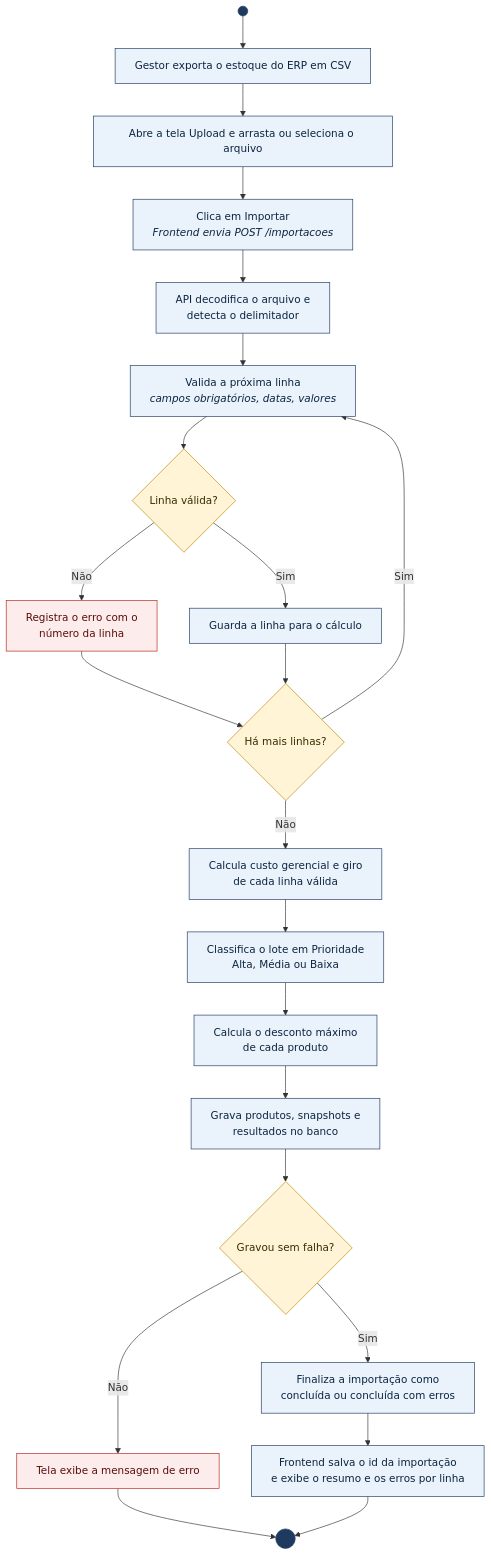
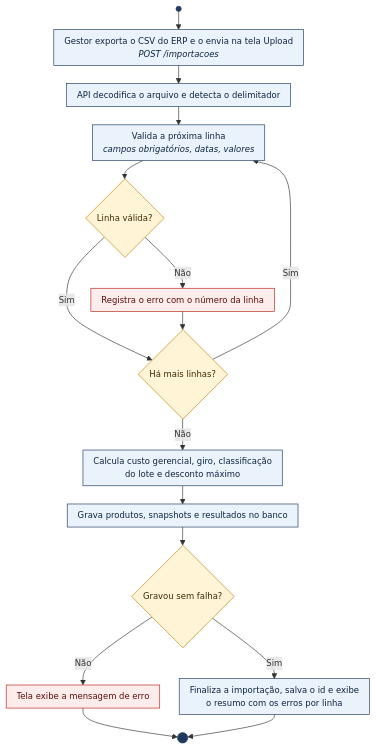
One commit to weillerjulia/StockWise changed the first of 9 diagrams in README.md. Above: the diagram before and after it, drawn with Mermaid. The commit also changed other lines of this file, not shown here.

````diff
--- a/README.md
+++ b/README.md
@@ -268,34 +256,28 @@
 ```mermaid
-%%{init: {"flowchart": {"wrappingWidth": 400}}}%%
+%%{init: {"themeVariables": {"fontSize": "13px"}, "flowchart": {"wrappingWidth": 400, "rankSpacing": 28, "nodeSpacing": 30, "padding": 8}}}%%
 flowchart TD
-    inicio(( )) --> a1["Gestor exporta o estoque do ERP em CSV"]
-    a1 --> a2["Abre a tela Upload e arrasta ou seleciona o arquivo"]
-    a2 --> a3["Clica em Importar<br/><i>Frontend envia POST /importacoes</i>"]
-    a3 --> a4["API decodifica o arquivo e<br/>detecta o delimitador"]
-    a4 --> a5["Valida a próxima linha<br/><i>campos obrigatórios, datas, valores</i>"]
-    a5 --> d1{"Linha válida?"}
-    d1 -- Não --> a6["Registra o erro com o<br/>número da linha"]
-    d1 -- Sim --> a7["Guarda a linha para o cálculo"]
-    a6 --> d2{"Há mais linhas?"}
-    a7 --> d2
-    d2 -- Sim --> a5
-    d2 -- Não --> a8["Calcula custo gerencial e giro<br/>de cada linha válida"]
-    a8 --> a9["Classifica o lote em Prioridade<br/>Alta, Média ou Baixa"]
-    a9 --> a10["Calcula o desconto máximo<br/>de cada produto"]
-    a10 --> a11["Grava produtos, snapshots e<br/>resultados no banco"]
-    a11 --> d3{"Gravou sem falha?"}
-    d3 -- Não --> a12["Tela exibe a mensagem de erro"]
-    d3 -- Sim --> a13["Finaliza a importação como<br/>concluída ou concluída com erros"]
-    a13 --> a14["Frontend salva o id da importação<br/>e exibe o resumo e os erros por linha"]
-    a12 --> fim((( )))
-    a14 --> fim
+    inicio(( )) --> a1["Gestor exporta o CSV do ERP e o envia na tela Upload<br/><i>POST /importacoes</i>"]
+    a1 --> a2["API decodifica o arquivo e detecta o delimitador"]
+    a2 --> a3["Valida a próxima linha<br/><i>campos obrigatórios, datas, valores</i>"]
+    a3 --> d1{"Linha válida?"}
+    d1 -- Não --> a4["Registra o erro com o número da linha"]
+    d1 -- Sim --> d2{"Há mais linhas?"}
+    a4 --> d2
+    d2 -- Sim --> a3
+    d2 -- Não --> a5["Calcula custo gerencial, giro, classificação<br/>do lote e desconto máximo"]
+    a5 --> a6["Grava produtos, snapshots e resultados no banco"]
+    a6 --> d3{"Gravou sem falha?"}
+    d3 -- Não --> a7["Tela exibe a mensagem de erro"]
+    d3 -- Sim --> a8["Finaliza a importação, salva o id e exibe<br/>o resumo com os erros por linha"]
+    a7 --> fim((( )))
+    a8 --> fim
 
     classDef marco fill:#1E3A5F,stroke:#1E3A5F
     classDef decisao fill:#FFF4D6,stroke:#B8860B,color:#3A2A00
     classDef acao fill:#EAF2FB,stroke:#1E3A5F,color:#0B2540
     classDef erro fill:#FDECEC,stroke:#B42318,color:#5A0E0A
     class inicio,fim marco
     class d1,d2,d3 decisao
-    class a1,a2,a3,a4,a5,a7,a8,a9,a10,a11,a13,a14 acao
-    class a6,a12 erro
+    class a1,a2,a3,a5,a6,a8 acao
+    class a4,a7 erro
 ```
````
